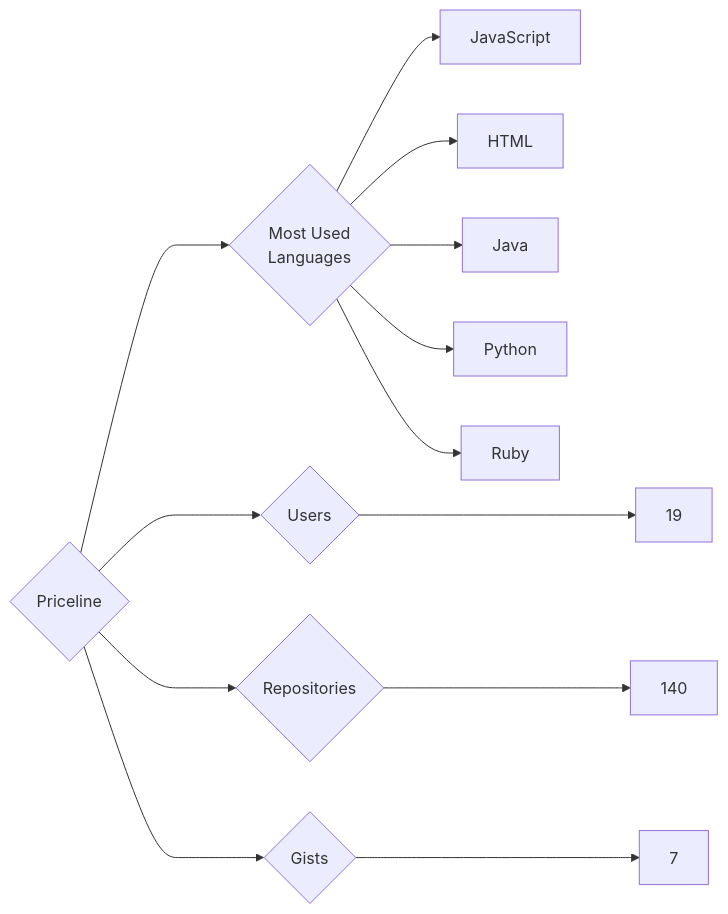
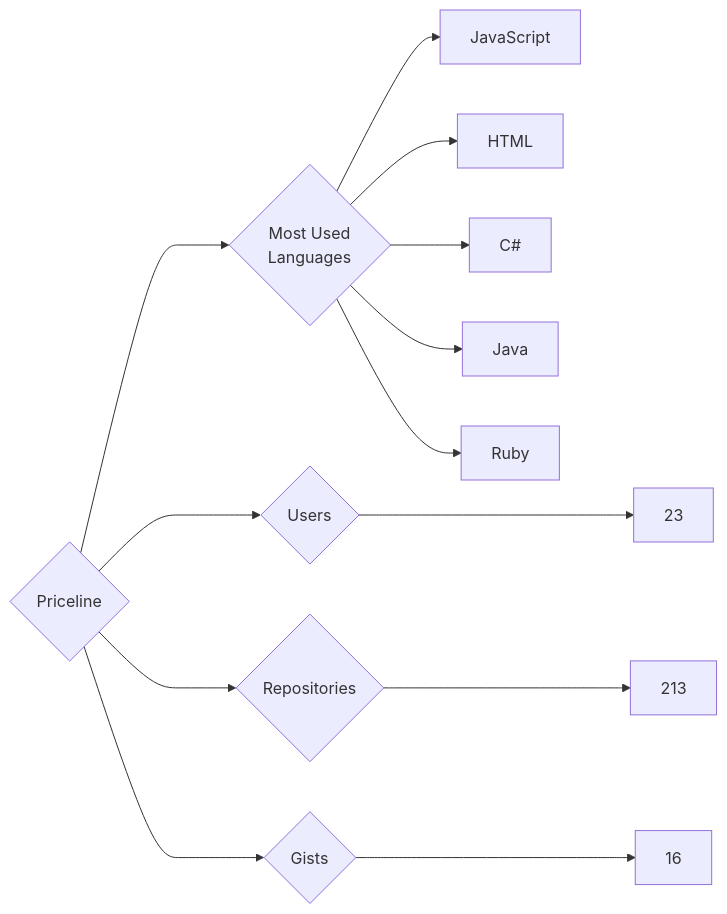
The diagram in targets/Priceline/README.md (trickest/insiders), drawn with Mermaid before and after one commit. The commit also changed 886 other files, not shown here.

````diff
--- a/targets/Priceline/README.md
+++ b/targets/Priceline/README.md
@@ -3,13 +3,13 @@
 ```mermaid
 graph LR
 COMPANY_NAME{Priceline}
-COMPANY_NAME ---> U{Users} ---> UN[19]
-COMPANY_NAME ---> R{Repositories} ---> RN[140]
-COMPANY_NAME ---> G{Gists} ---> GN[7]
+COMPANY_NAME ---> U{Users} ---> UN[23]
+COMPANY_NAME ---> R{Repositories} ---> RN[213]
+COMPANY_NAME ---> G{Gists} ---> GN[16]
 COMPANY_NAME ---> ML{Most Used<br>Languages}
 ML --> JavaScript[JavaScript]
 ML --> HTML[HTML]
+ML --> C#[C#]
 ML --> Java[Java]
-ML --> Python[Python]
 ML --> Ruby[Ruby]
 ```
````
